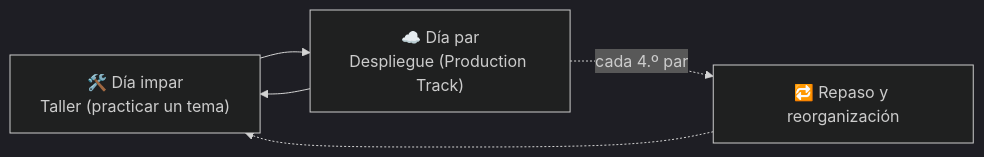
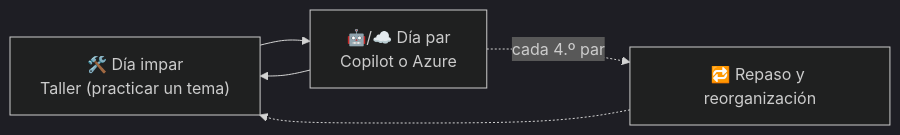
One commit to edzamo/software-engineering changed the diagram in ai-engineering/guia-de-estudio.md. Above: the diagram before and after it, drawn with Mermaid (dark theme). The commit also changed other lines of this file and 29 other files, not shown here.

First line of the commit message:
docs(ai-engineering): consolidar conceptos en 10 temas y sumar Copilot y Azure

````diff
--- a/ai-engineering/guia-de-estudio.md
+++ b/ai-engineering/guia-de-estudio.md
@@ -46,7 +48,7 @@
 ```mermaid
 graph LR
-    A["🛠️ Día impar<br/>Taller (practicar un tema)"] --> B["☁️ Día par<br/>Despliegue (Production Track)"]
+    A["🛠️ Día impar<br/>Taller (practicar un tema)"] --> B["🤖/☁️ Día par<br/>Copilot o Azure"]
     B --> A
     B -. "cada 4.º par" .-> R["🔁 Repaso y reorganización"]
     R -.-> A
 ```
````
